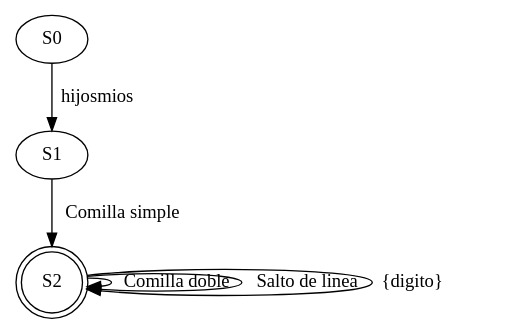
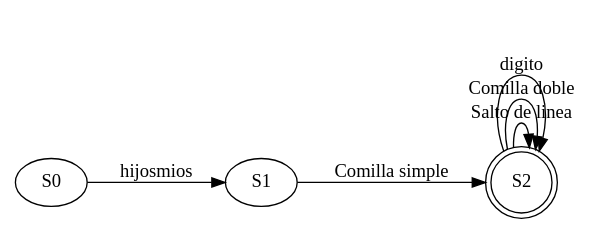
The diagram in Regexive/archivos/AFD_201901557/EXP5.dot (JeffMendez/OCL_Proyecto1_201901557), drawn with Graphviz before and after one commit. The commit also changed 78 other files, not shown here.

```diff
--- a/Regexive/archivos/AFD_201901557/EXP5.dot
+++ b/Regexive/archivos/AFD_201901557/EXP5.dot
@@ -1,3 +1,4 @@
 digraph G {
-	S0 -> S1 [label="hijosmios"]	S1 -> S2 [label="Comilla simple"]	S2 [shape="doublecircle"]	S2 -> S2 [label="Comilla doble"]	S2 -> S2 [label="Salto de linea"]	S2 -> S2 [label="{digito}"]
+	rankdir=LR
+	S0 -> S1 [label="hijosmios"]	S1 -> S2 [label="Comilla simple"]	S2 [shape="doublecircle"]	S2 -> S2 [label="Salto de linea"]	S2 -> S2 [label="Comilla doble"]	S2 -> S2 [label="digito"]
 }
```
